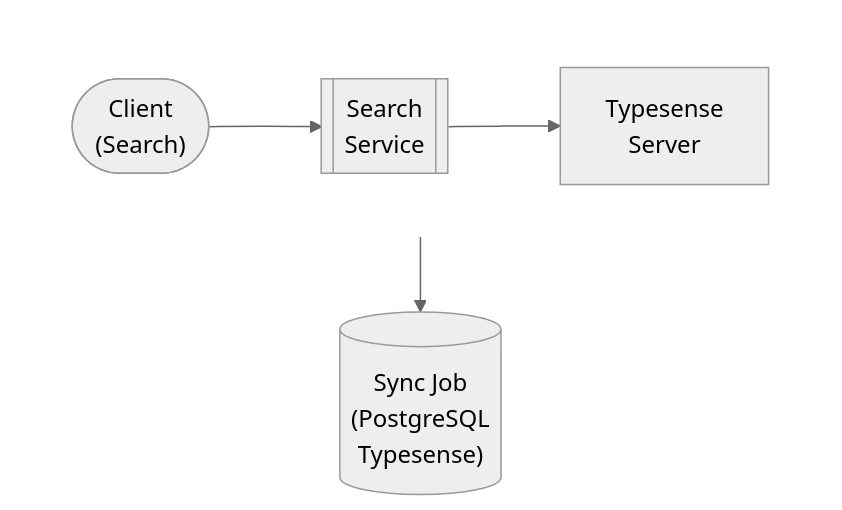
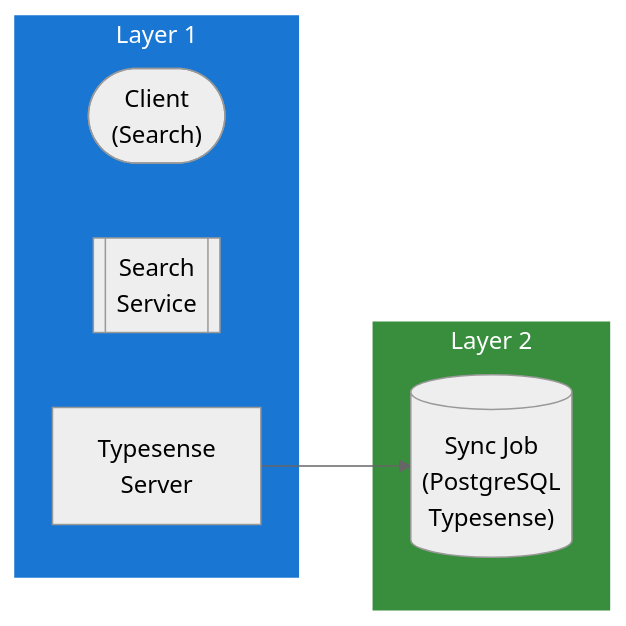
Before and after one commit to lusoris/revenge: the diagram in docs/dev/design/integrations/infrastructure/TYPESENSE.md, drawn with Mermaid (neutral theme). The commit also changed 215 other files, not shown here.

First line of the commit message:
feat(diagrams): convert all ASCII diagrams to Mermaid with LR subgraphs

````diff
--- a/docs/dev/design/integrations/infrastructure/TYPESENSE.md
+++ b/docs/dev/design/integrations/infrastructure/TYPESENSE.md
@@ -59,16 +59,19 @@
 ```mermaid
-flowchart TD
-    subgraph row1[ ]
-        direction LR
+flowchart LR
+    subgraph Layer1["Layer 1"]
         node1(["Client<br/>(Search)"])
         node2[["Search<br/>Service"]]
         node3["Typesense<br/>Server"]
     end
-    node4[("Sync Job<br/>(PostgreSQL<br/>Typesense)")]
-    node1 --> node2
-    node2 --> node3
+
+    subgraph Layer2["Layer 2"]
+        node4[("Sync Job<br/>(PostgreSQL<br/>Typesense)")]
+    end
+
+    %% Connections
     node3 --> node4
 
-    %% Hide row subgraph borders
-    style row1 fill:transparent,stroke:transparent
+    %% Styling
+    style Layer1 fill:#1976D2,stroke:#1976D2,color:#fff
+    style Layer2 fill:#388E3C,stroke:#388E3C,color:#fff
 ```
````
